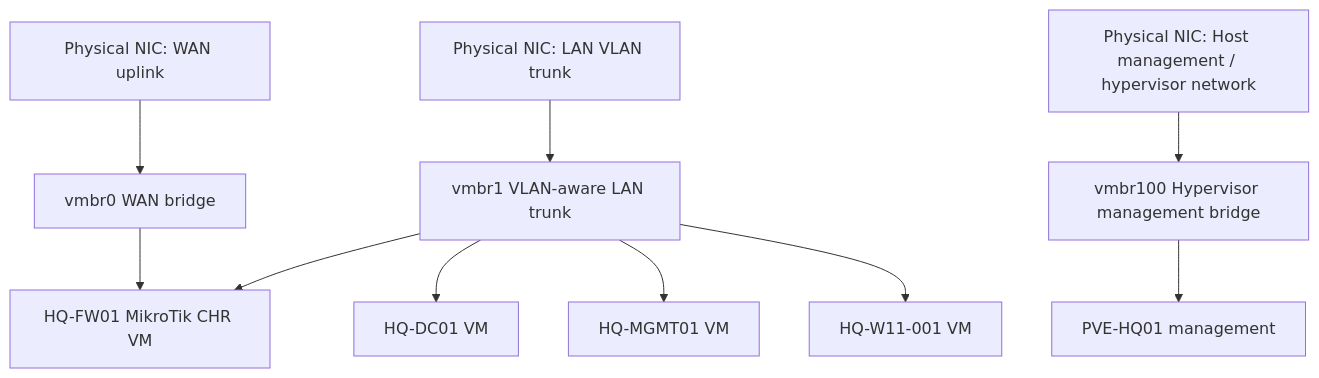
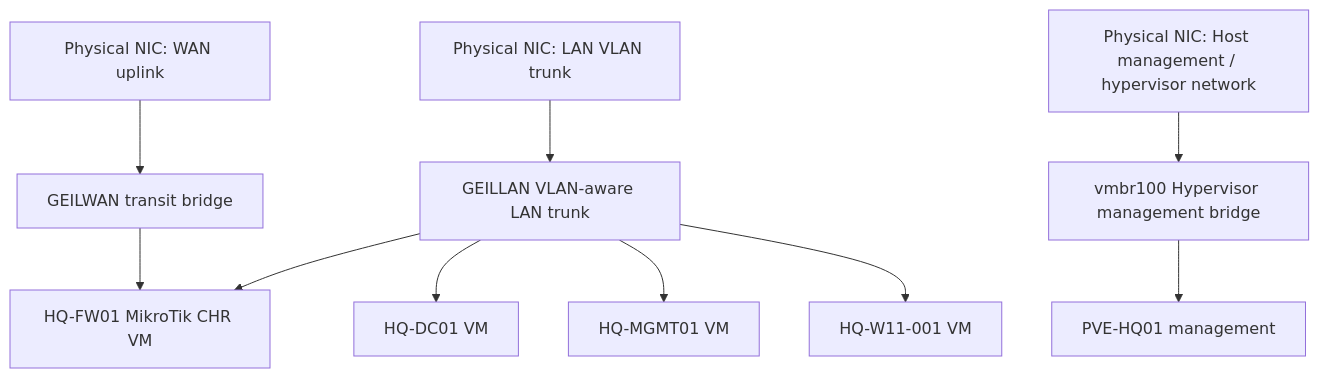
One commit to gntech-dev/geil-enterprise-docs changed the first of 2 diagrams in docs/platform/proxmox-hq-foundation-lld.md. Above: the diagram before and after it, drawn with Mermaid. The commit also changed other lines of this file and 25 other files, not shown here.

````diff
--- a/docs/platform/proxmox-hq-foundation-lld.md
+++ b/docs/platform/proxmox-hq-foundation-lld.md
@@ -94,22 +94,22 @@
 ```mermaid
 flowchart TD
     NICWAN[Physical NIC: WAN uplink]
     NICTRUNK[Physical NIC: LAN VLAN trunk]
     NICMGMT[Physical NIC: Host management / hypervisor network]
-    vmbr0[vmbr0 WAN bridge]
-    vmbr1[vmbr1 VLAN-aware LAN trunk]
+    vmbr0[GEILWAN transit bridge]
+    vmbr1[GEILLAN VLAN-aware LAN trunk]
     vmbr100[vmbr100 Hypervisor management bridge]
     FW[HQ-FW01 MikroTik CHR VM]
     DC[HQ-DC01 VM]
     MGMT[HQ-MGMT01 VM]
     W11[HQ-W11-001 VM]
     PVE[PVE-HQ01 management]
 
     NICWAN --> vmbr0 --> FW
     NICTRUNK --> vmbr1
     vmbr1 --> FW
     vmbr1 --> DC
     vmbr1 --> MGMT
     vmbr1 --> W11
     NICMGMT --> vmbr100 --> PVE
 ```
````
